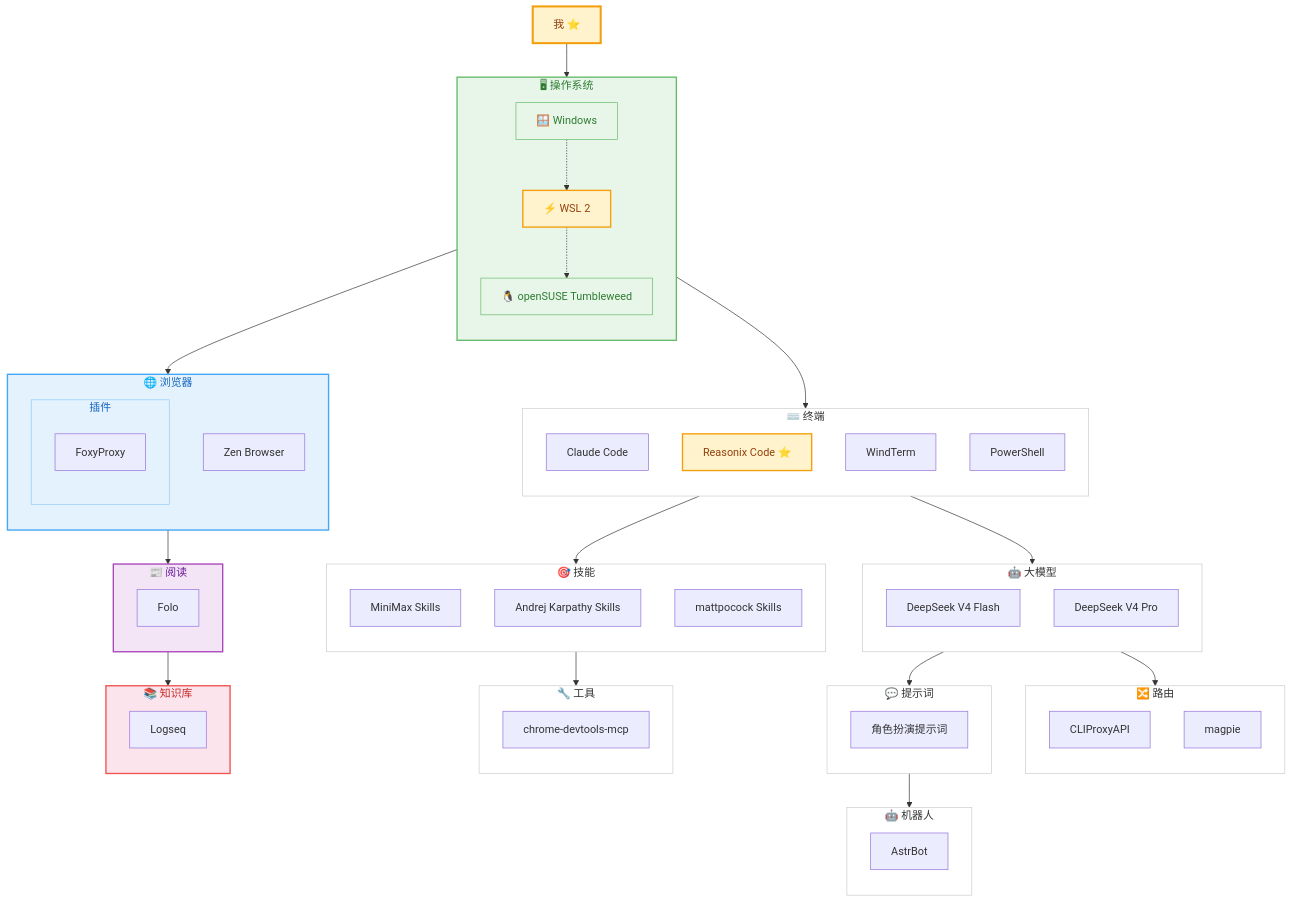
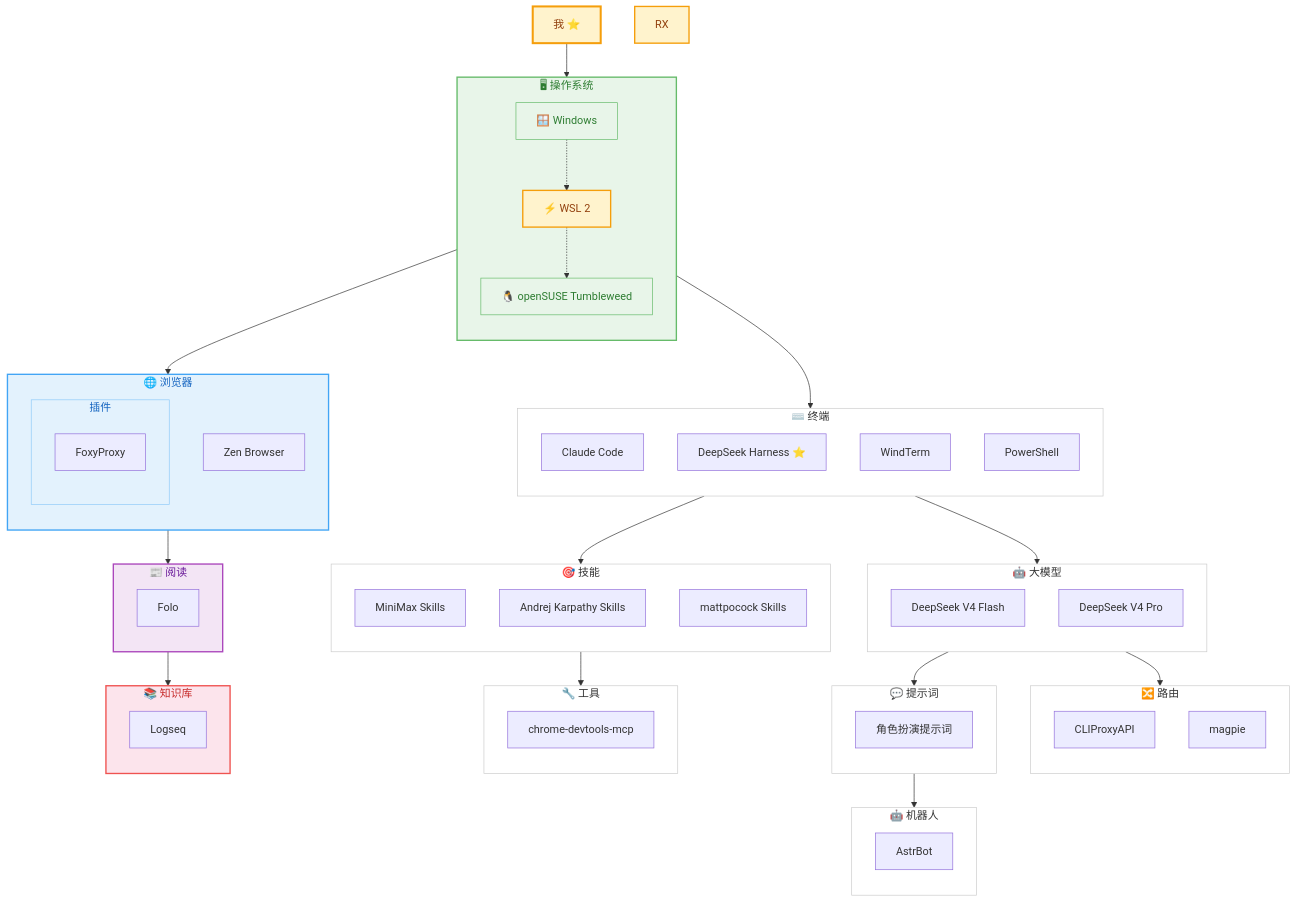
Before and after one commit to yuanxin518/ai-path: the diagram in README.md, drawn with Mermaid. The commit also changed other lines of this file and 6 other files, not shown here.

Commit message:
docs: 终端节点以 DeepSeek Harness 替换 Reasonix Code 与 DeepSeek TUI；修正 FoxyProxy 失效链接；补充 magpie 与 Zen 链接

```diff
--- a/README.md
+++ b/README.md
@@ -41,7 +41,7 @@
     subgraph N01["⌨️ 终端"]
         direction TB
         CC["Claude Code"]
-        RX["Reasonix Code ⭐"]
+        DSH["DeepSeek Harness ⭐"]
         WT["WindTerm"]
         PS["PowerShell"]
     end
```
